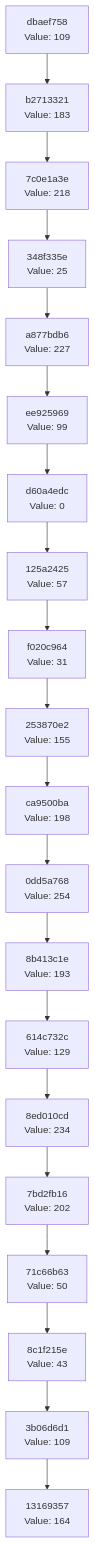
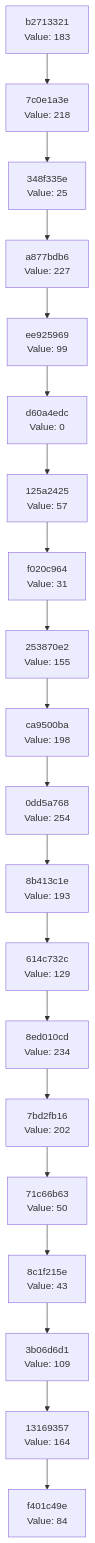
The diagram in docs/CHAIN_VISUALIZATION.md (Abhisheksinha1506/hash-chain-evolver), drawn with Mermaid before and after one commit. The commit also changed 3 other files, not shown here.

````diff
--- a/docs/CHAIN_VISUALIZATION.md
+++ b/docs/CHAIN_VISUALIZATION.md
@@ -3,42 +3,42 @@
 ```mermaid
 graph TD
-    C0["13169357<br/>Value: 164"]
-    C1["3b06d6d1<br/>Value: 109"]
+    C0["f401c49e<br/>Value: 84"]
+    C1["13169357<br/>Value: 164"]
     C1 --> C0
-    C2["8c1f215e<br/>Value: 43"]
+    C2["3b06d6d1<br/>Value: 109"]
     C2 --> C1
-    C3["71c66b63<br/>Value: 50"]
+    C3["8c1f215e<br/>Value: 43"]
     C3 --> C2
-    C4["7bd2fb16<br/>Value: 202"]
+    C4["71c66b63<br/>Value: 50"]
     C4 --> C3
-    C5["8ed010cd<br/>Value: 234"]
+    C5["7bd2fb16<br/>Value: 202"]
     C5 --> C4
-    C6["614c732c<br/>Value: 129"]
+    C6["8ed010cd<br/>Value: 234"]
     C6 --> C5
-    C7["8b413c1e<br/>Value: 193"]
+    C7["614c732c<br/>Value: 129"]
     C7 --> C6
-    C8["0dd5a768<br/>Value: 254"]
+    C8["8b413c1e<br/>Value: 193"]
     C8 --> C7
-    C9["ca9500ba<br/>Value: 198"]
+    C9["0dd5a768<br/>Value: 254"]
     C9 --> C8
-    C10["253870e2<br/>Value: 155"]
+    C10["ca9500ba<br/>Value: 198"]
     C10 --> C9
-    C11["f020c964<br/>Value: 31"]
+    C11["253870e2<br/>Value: 155"]
     C11 --> C10
-    C12["125a2425<br/>Value: 57"]
+    C12["f020c964<br/>Value: 31"]
     C12 --> C11
-    C13["d60a4edc<br/>Value: 0"]
+    C13["125a2425<br/>Value: 57"]
     C13 --> C12
-    C14["ee925969<br/>Value: 99"]
+    C14["d60a4edc<br/>Value: 0"]
     C14 --> C13
-    C15["a877bdb6<br/>Value: 227"]
+    C15["ee925969<br/>Value: 99"]
     C15 --> C14
-    C16["348f335e<br/>Value: 25"]
+    C16["a877bdb6<br/>Value: 227"]
     C16 --> C15
-    C17["7c0e1a3e<br/>Value: 218"]
+    C17["348f335e<br/>Value: 25"]
     C17 --> C16
-    C18["b2713321<br/>Value: 183"]
+    C18["7c0e1a3e<br/>Value: 218"]
     C18 --> C17
-    C19["dbaef758<br/>Value: 109"]
+    C19["b2713321<br/>Value: 183"]
     C19 --> C18
 ```
````
